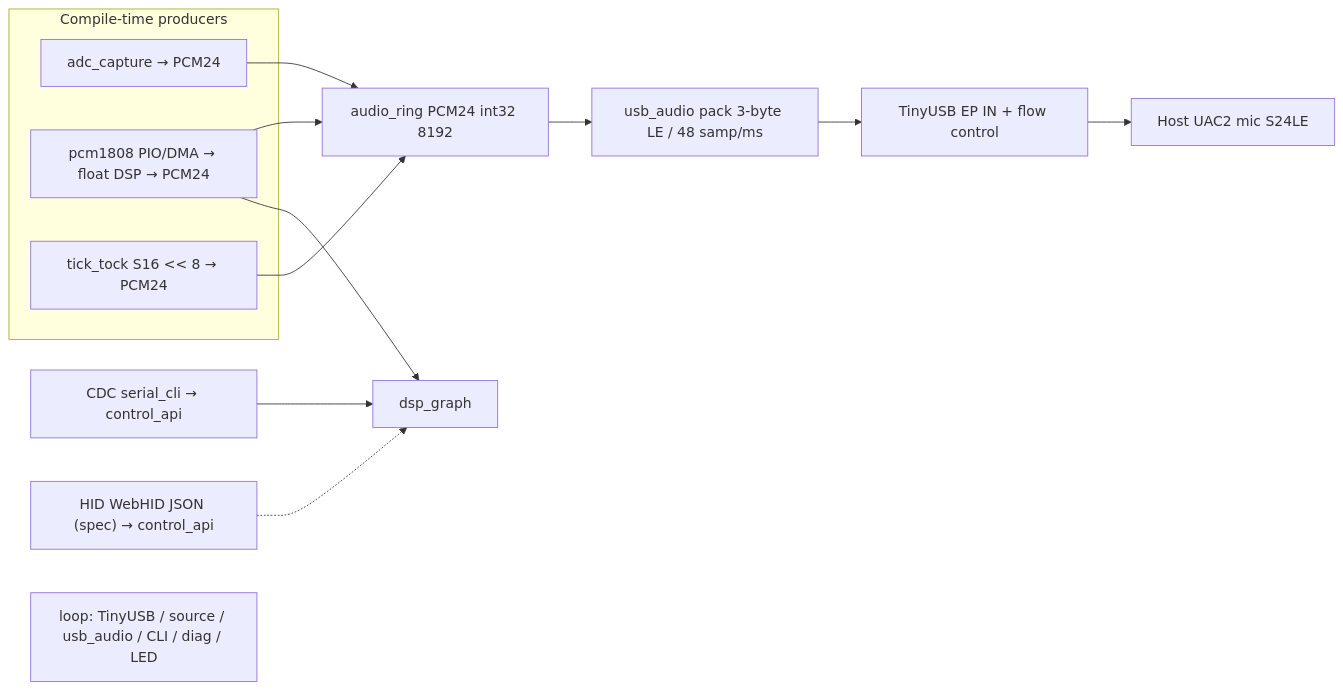
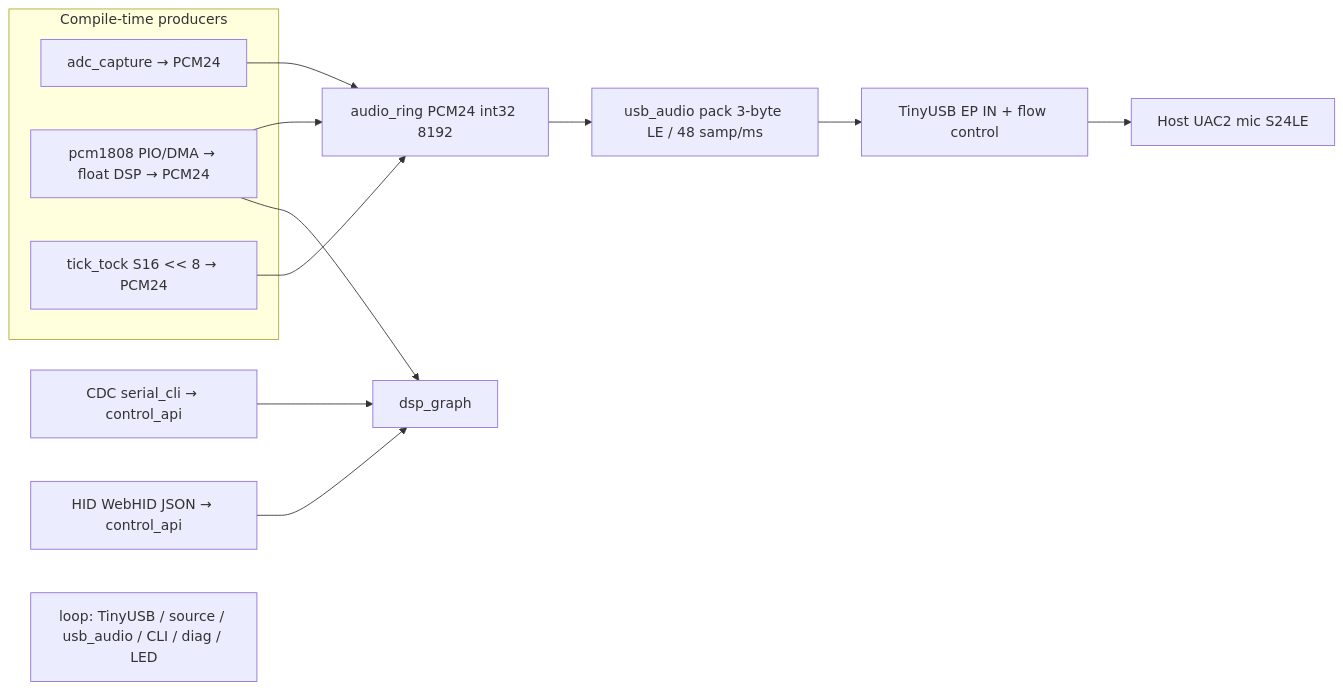
One commit to futurexdesign/Watchgrapher-Firmware changed the diagram in docs/AS_BUILT_ARCHITECTURE.md. Above: the diagram before and after it, drawn with Mermaid. The commit also changed other lines of this file and 29 other files, not shown here.

````diff
--- a/docs/AS_BUILT_ARCHITECTURE.md
+++ b/docs/AS_BUILT_ARCHITECTURE.md
@@ -127,18 +127,18 @@
 ```mermaid
 flowchart LR
   subgraph producers [Compile-time producers]
     ADC["adc_capture → PCM24"]
     PCM["pcm1808 PIO/DMA → float DSP → PCM24"]
     Synth["tick_tock S16 << 8 → PCM24"]
   end
   ADC --> Ring["audio_ring PCM24 int32 8192"]
   PCM --> Ring
   Synth --> Ring
   Ring --> Feed["usb_audio pack 3-byte LE / 48 samp/ms"]
   Feed --> TU["TinyUSB EP IN + flow control"]
   TU --> Host["Host UAC2 mic S24LE"]
   CLI["CDC serial_cli → control_api"] --> DSP["dsp_graph"]
-  HID["HID WebHID JSON (spec) → control_api"] -.-> DSP
+  HID["HID WebHID JSON → control_api"] --> DSP
   PCM --> DSP
   Main["loop: TinyUSB / source / usb_audio / CLI / diag / LED"]
 ```
````
